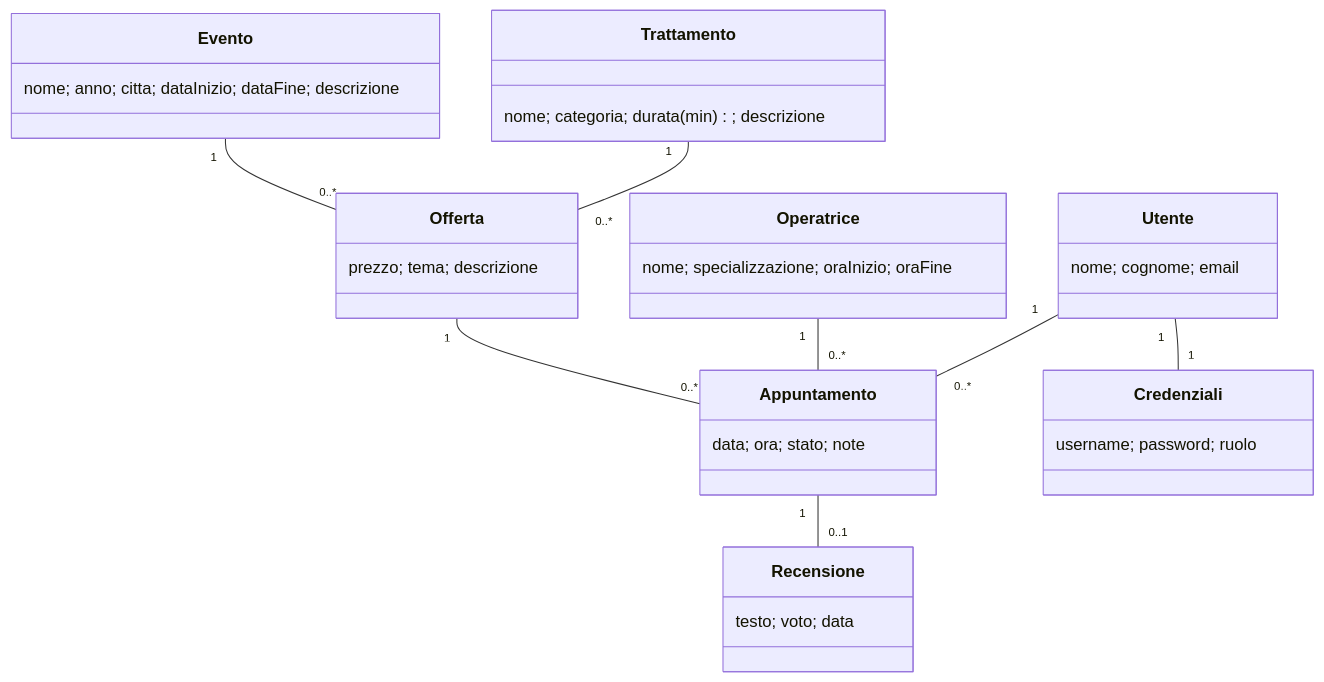
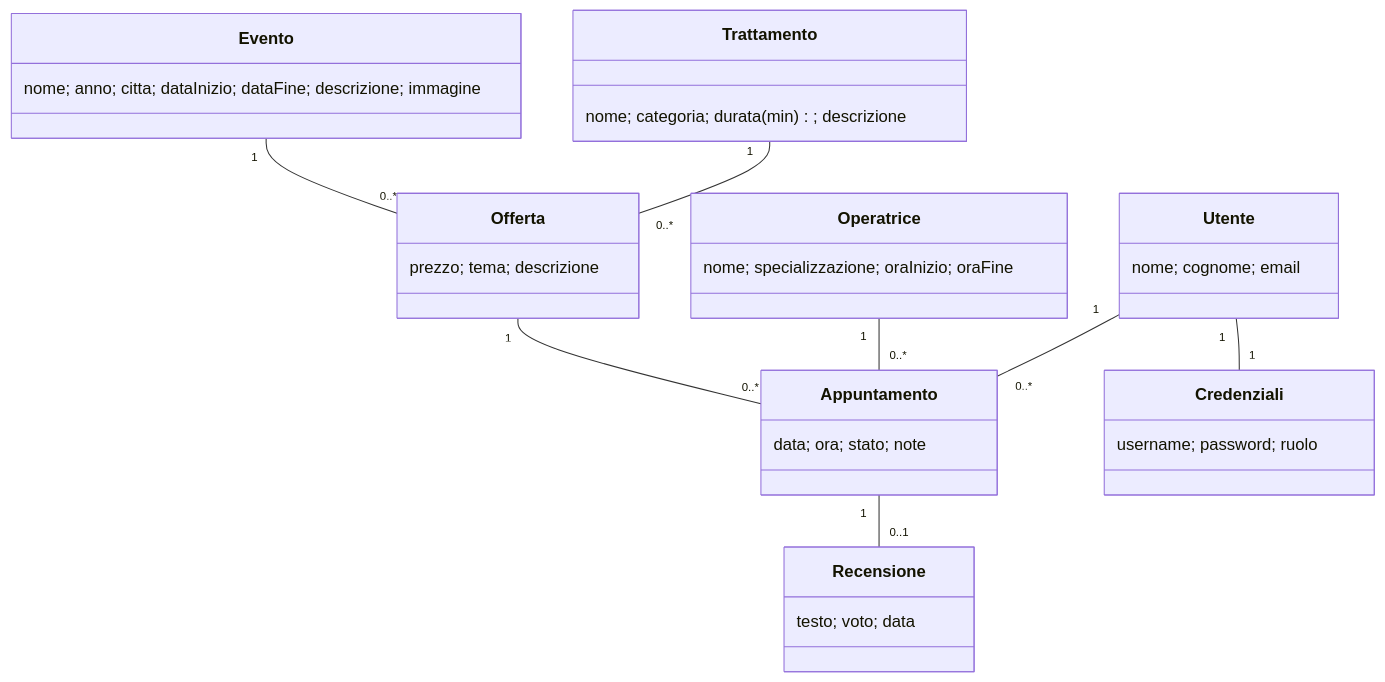
Before and after one commit to mariabellobono/Siw-nails: the diagram in README.md, drawn with Mermaid. The commit also changed other lines of this file and 6 other files, not shown here.

````diff
--- a/README.md
+++ b/README.md
@@ -43,19 +46,19 @@
 ```mermaid
 classDiagram
-    class Evento { nome; anno; citta; dataInizio; dataFine; descrizione }
+    class Evento { nome; anno; citta; dataInizio; dataFine; descrizione; immagine }
     class Trattamento { nome; categoria; durata (min); descrizione }
     class Offerta { prezzo; tema; descrizione }
     class Operatrice { nome; specializzazione; oraInizio; oraFine }
     class Appuntamento { data; ora; stato; note }
     class Recensione { testo; voto; data }
     class Utente { nome; cognome; email }
     class Credenziali { username; password; ruolo }
 
     Evento "1" -- "0..*" Offerta
     Trattamento "1" -- "0..*" Offerta
     Offerta "1" -- "0..*" Appuntamento
     Operatrice "1" -- "0..*" Appuntamento
     Utente "1" -- "0..*" Appuntamento
     Appuntamento "1" -- "0..1" Recensione
     Utente "1" -- "1" Credenziali
 ```
````
